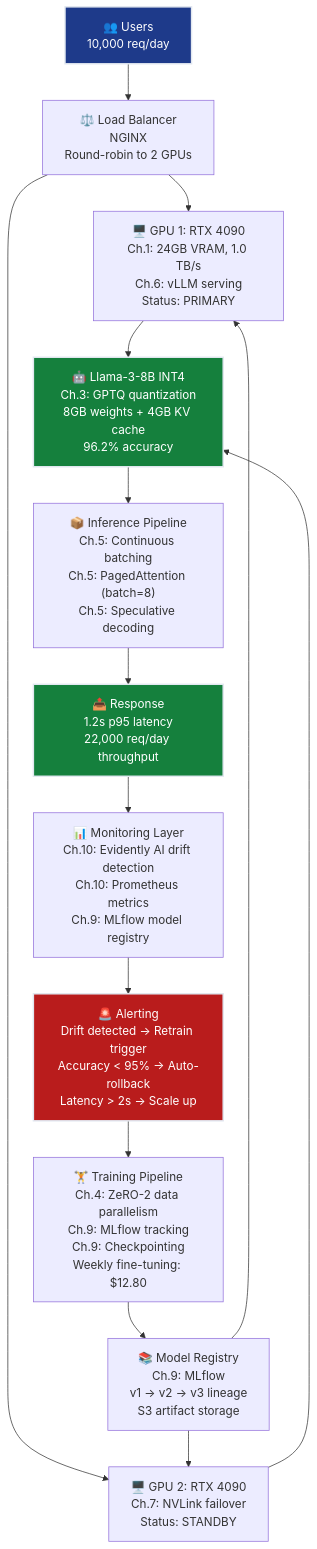
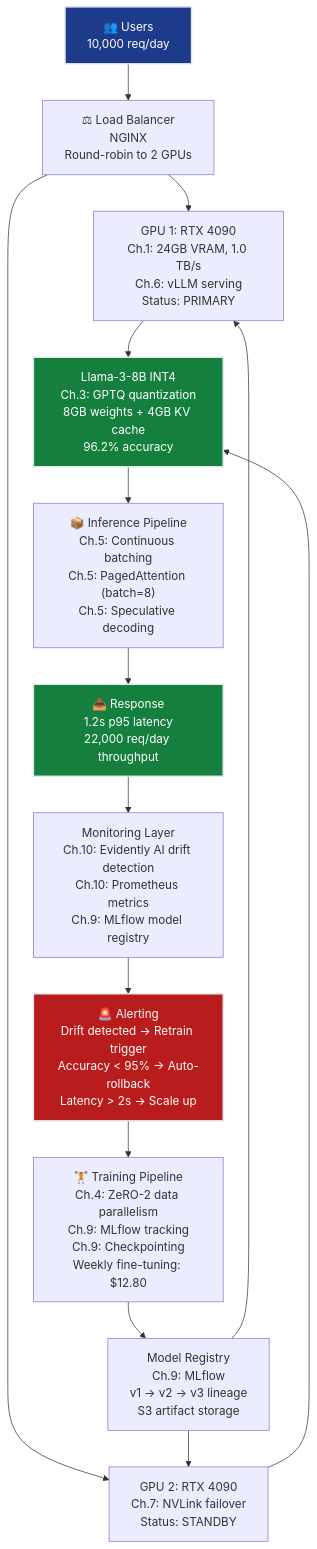
Before and after one commit to dsgouda7/ai-portfolio: the diagram in notes/06-ai-infrastructure/grand-solution.md, drawn with Mermaid. The commit also changed other lines of this file and 179 other files, not shown here.

````diff
--- a/notes/06-ai-infrastructure/grand-solution.md
+++ b/notes/06-ai-infrastructure/grand-solution.md
@@ -285,30 +285,30 @@
 ```mermaid
 flowchart TD
-    USERS["👥 Users<br/>10,000 req/day"] --> LB["⚖️ Load Balancer<br/>NGINX<br/>Round-robin to 2 GPUs"]
-    
-    LB --> GPU1["🖥️ GPU 1: RTX 4090<br/>Ch.1: 24GB VRAM, 1.0 TB/s<br/>Ch.6: vLLM serving<br/>Status: PRIMARY"]
-    LB --> GPU2["🖥️ GPU 2: RTX 4090<br/>Ch.7: NVLink failover<br/>Status: STANDBY"]
-    
-    GPU1 --> MODEL["🤖 Llama-3-8B INT4<br/>Ch.3: GPTQ quantization<br/>8GB weights + 4GB KV cache<br/>96.2% accuracy"]
-    GPU2 --> MODEL
-    
-    MODEL --> BATCH["📦 Inference Pipeline<br/>Ch.5: Continuous batching<br/>Ch.5: PagedAttention (batch=8)<br/>Ch.5: Speculative decoding"]
-    
-    BATCH --> RESPONSE["📤 Response<br/>1.2s p95 latency<br/>22,000 req/day throughput"]
-    
-    RESPONSE --> MONITOR["📊 Monitoring Layer<br/>Ch.10: Evidently AI drift detection<br/>Ch.10: Prometheus metrics<br/>Ch.9: MLflow model registry"]
-    
-    MONITOR --> ALERT["🚨 Alerting<br/>Drift detected → Retrain trigger<br/>Accuracy < 95% → Auto-rollback<br/>Latency > 2s → Scale up"]
-    
-    TRAINING["🏋️ Training Pipeline<br/>Ch.4: ZeRO-2 data parallelism<br/>Ch.9: MLflow tracking<br/>Ch.9: Checkpointing<br/>Weekly fine-tuning: $12.80"] --> REGISTRY["📚 Model Registry<br/>Ch.9: MLflow<br/>v1 → v2 → v3 lineage<br/>S3 artifact storage"]
-    
-    REGISTRY --> GPU1
-    REGISTRY --> GPU2
-    
-    ALERT --> TRAINING
-    
-    style USERS fill:#1e3a8a,stroke:#e2e8f0,stroke-width:2px,color:#ffffff
-    style MODEL fill:#15803d,stroke:#e2e8f0,stroke-width:2px,color:#ffffff
-    style RESPONSE fill:#15803d,stroke:#e2e8f0,stroke-width:2px,color:#ffffff
-    style ALERT fill:#b91c1c,stroke:#e2e8f0,stroke-width:2px,color:#ffffff
+ USERS["👥 Users<br/>10,000 req/day"] --> LB["⚖ Load Balancer<br/>NGINX<br/>Round-robin to 2 GPUs"]
+
+ LB --> GPU1[" GPU 1: RTX 4090<br/>Ch.1: 24GB VRAM, 1.0 TB/s<br/>Ch.6: vLLM serving<br/>Status: PRIMARY"]
+ LB --> GPU2[" GPU 2: RTX 4090<br/>Ch.7: NVLink failover<br/>Status: STANDBY"]
+
+ GPU1 --> MODEL[" Llama-3-8B INT4<br/>Ch.3: GPTQ quantization<br/>8GB weights + 4GB KV cache<br/>96.2% accuracy"]
+ GPU2 --> MODEL
+
+ MODEL --> BATCH["📦 Inference Pipeline<br/>Ch.5: Continuous batching<br/>Ch.5: PagedAttention (batch=8)<br/>Ch.5: Speculative decoding"]
+
+ BATCH --> RESPONSE["📤 Response<br/>1.2s p95 latency<br/>22,000 req/day throughput"]
+
+ RESPONSE --> MONITOR[" Monitoring Layer<br/>Ch.10: Evidently AI drift detection<br/>Ch.10: Prometheus metrics<br/>Ch.9: MLflow model registry"]
+
+ MONITOR --> ALERT["🚨 Alerting<br/>Drift detected → Retrain trigger<br/>Accuracy < 95% → Auto-rollback<br/>Latency > 2s → Scale up"]
+
+ TRAINING["🏋 Training Pipeline<br/>Ch.4: ZeRO-2 data parallelism<br/>Ch.9: MLflow tracking<br/>Ch.9: Checkpointing<br/>Weekly fine-tuning: $12.80"] --> REGISTRY[" Model Registry<br/>Ch.9: MLflow<br/>v1 → v2 → v3 lineage<br/>S3 artifact storage"]
+
+ REGISTRY --> GPU1
+ REGISTRY --> GPU2
+
+ ALERT --> TRAINING
+
+ style USERS fill:#1e3a8a,stroke:#e2e8f0,stroke-width:2px,color:#ffffff
+ style MODEL fill:#15803d,stroke:#e2e8f0,stroke-width:2px,color:#ffffff
+ style RESPONSE fill:#15803d,stroke:#e2e8f0,stroke-width:2px,color:#ffffff
+ style ALERT fill:#b91c1c,stroke:#e2e8f0,stroke-width:2px,color:#ffffff
 ```
````
